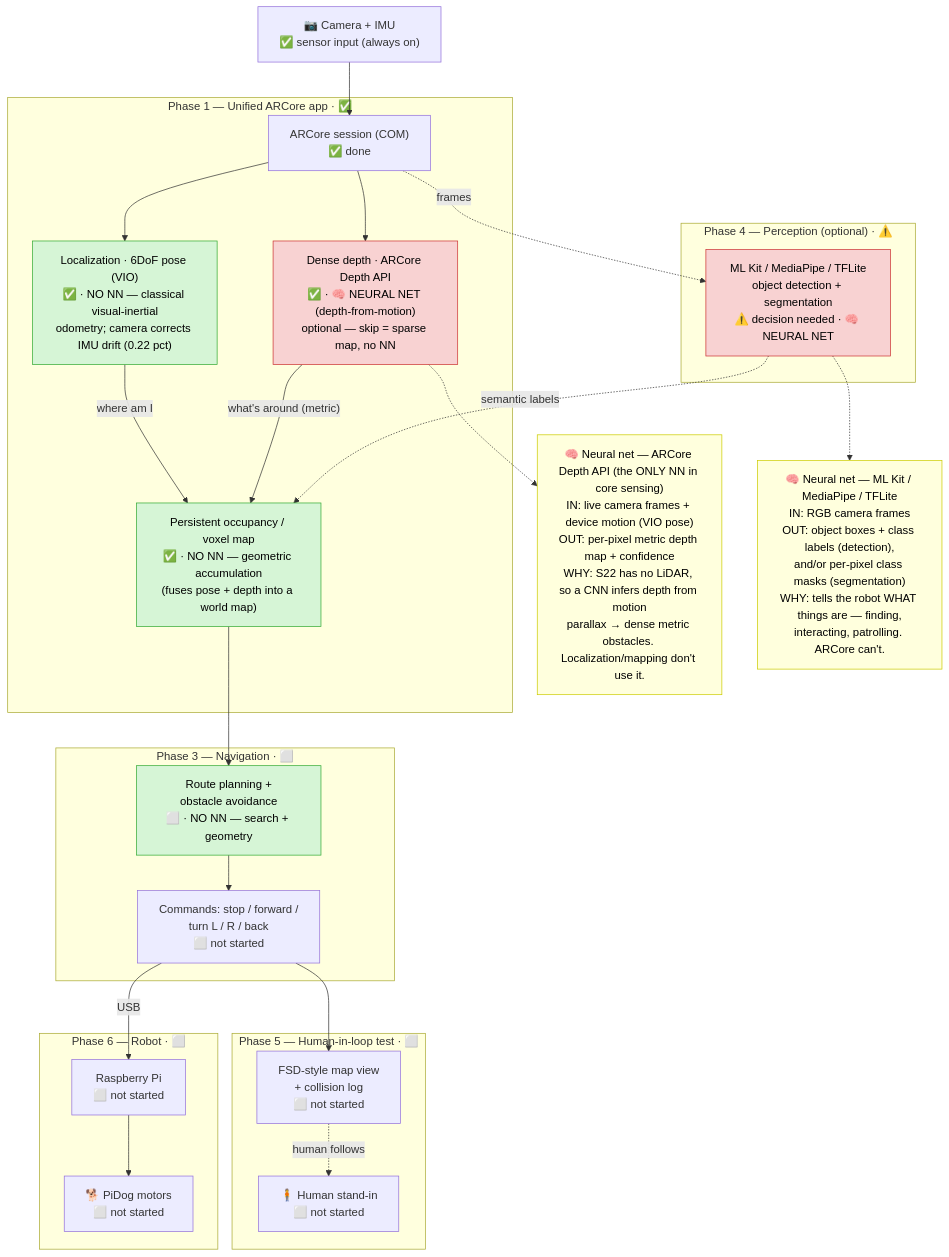
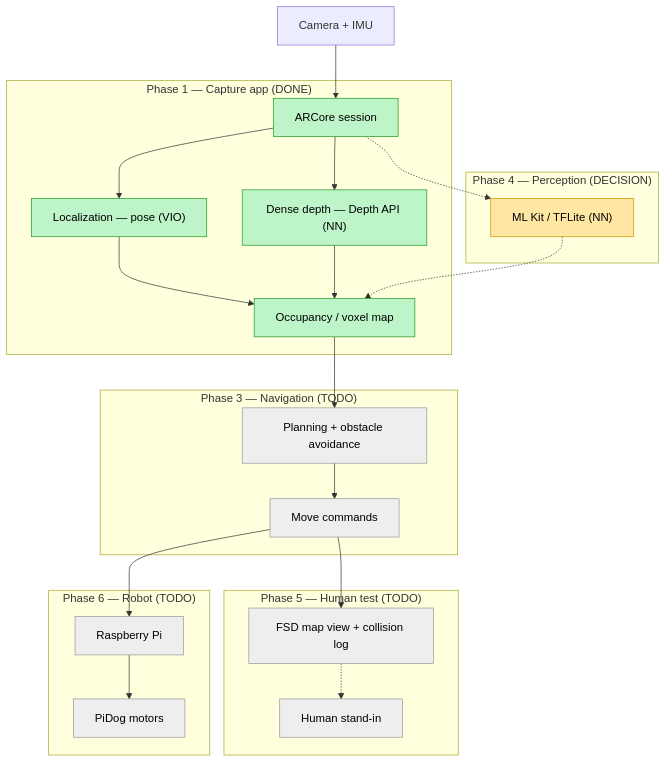
One commit to alexbhandari/pidog-public changed the first of 2 diagrams in PROJECT_PLAN.md. Above: the diagram before and after it, drawn with Mermaid. The commit also changed other lines of this file, not shown here.

Commit message:
sync plan + phase docs (2026-06-20)

````diff
--- a/PROJECT_PLAN.md
+++ b/PROJECT_PLAN.md
@@ -17,56 +17,51 @@
 ```mermaid
 flowchart TD
-    CAM["📷 Camera + IMU<br/>✅ sensor input (always on)"]
+    CAM["Camera + IMU"]
 
-    subgraph P1["Phase 1 — Unified ARCore app · ✅"]
-        ARCORE["ARCore session (COM)<br/>✅ done"]
-        POSE["Localization · 6DoF pose (VIO)<br/>✅ · NO NN — classical visual-inertial<br/>odometry; camera corrects IMU drift (0.22 pct)"]
-        DEPTH["Dense depth · ARCore Depth API<br/>✅ · 🧠 NEURAL NET (depth-from-motion)<br/>optional — skip = sparse map, no NN"]
-        MAP["Persistent occupancy / voxel map<br/>✅ · NO NN — geometric accumulation<br/>(fuses pose + depth into a world map)"]
+    subgraph P1["Phase 1 — Capture app (DONE)"]
+        ARCORE["ARCore session"]
+        POSE["Localization — pose (VIO)"]
+        DEPTH["Dense depth — Depth API (NN)"]
+        MAP["Occupancy / voxel map"]
     end
 
-    subgraph P4["Phase 4 — Perception (optional) · ⚠️"]
-        ML["ML Kit / MediaPipe / TFLite<br/>object detection + segmentation<br/>⚠️ decision needed · 🧠 NEURAL NET"]
+    subgraph P4["Phase 4 — Perception (DECISION)"]
+        ML["ML Kit / TFLite (NN)"]
     end
 
-    subgraph P3["Phase 3 — Navigation · ⬜"]
-        PLAN["Route planning +<br/>obstacle avoidance<br/>⬜ · NO NN — search + geometry"]
-        CMD["Commands: stop / forward /<br/>turn L / R / back<br/>⬜ not started"]
+    subgraph P3["Phase 3 — Navigation (TODO)"]
+        PLAN["Planning + obstacle avoidance"]
+        CMD["Move commands"]
     end
 
-    subgraph P5["Phase 5 — Human-in-loop test · ⬜"]
-        VIEW["FSD-style map view<br/>+ collision log<br/>⬜ not started"]
-        HUMAN["🧍 Human stand-in<br/>⬜ not started"]
+    subgraph P5["Phase 5 — Human test (TODO)"]
+        VIEW["FSD map view + collision log"]
+        HUMAN["Human stand-in"]
     end
 
-    subgraph P6["Phase 6 — Robot · ⬜"]
-        PI["Raspberry Pi<br/>⬜ not started"]
-        DOG["🐕 PiDog motors<br/>⬜ not started"]
+    subgraph P6["Phase 6 — Robot (TODO)"]
+        PI["Raspberry Pi"]
+        DOG["PiDog motors"]
     end
 
     CAM --> ARCORE
     ARCORE --> POSE
     ARCORE --> DEPTH
-    POSE -->|"where am I"| MAP
-    DEPTH -->|"what's around (metric)"| MAP
-    ARCORE -.->|"frames"| ML
-    ML -.->|"semantic labels"| MAP
+    POSE --> MAP
+    DEPTH --> MAP
+    ARCORE -.-> ML
+    ML -.-> MAP
     MAP --> PLAN
     PLAN --> CMD
     CMD --> VIEW
-    VIEW -.->|"human follows"| HUMAN
-    CMD -->|"USB"| PI
+    VIEW -.-> HUMAN
+    CMD --> PI
     PI --> DOG
 
-    NN1["🧠 Neural net — ARCore Depth API (the ONLY NN in core sensing)<br/>IN: live camera frames + device motion (VIO pose)<br/>OUT: per-pixel metric depth map + confidence<br/>WHY: S22 has no LiDAR, so a CNN infers depth from motion<br/>parallax → dense metric obstacles. Localization/mapping don't use it."]
-    NN2["🧠 Neural net — ML Kit / MediaPipe / TFLite<br/>IN: RGB camera frames<br/>OUT: object boxes + class labels (detection),<br/>and/or per-pixel class masks (segmentation)<br/>WHY: tells the robot WHAT things are — finding,<br/>interacting, patrolling. ARCore can't."]
-    DEPTH -.-> NN1
-    ML -.-> NN2
-
-    classDef note fill:#ffd,stroke:#cc0,color:#000;
-    classDef nonn fill:#d6f5d6,stroke:#3a3,color:#000;
-    classDef nn fill:#f8d2d2,stroke:#c33,color:#000;
-    class NN1,NN2 note;
-    class POSE,MAP,PLAN nonn;
-    class DEPTH,ML nn;
+    classDef done fill:#bdf5c8,stroke:#229922,color:#000;
+    classDef todo fill:#eeeeee,stroke:#999999,color:#000;
+    classDef decision fill:#ffe6a3,stroke:#cc9900,color:#000;
+    class ARCORE,POSE,DEPTH,MAP done;
+    class ML decision;
+    class PLAN,CMD,VIEW,HUMAN,PI,DOG todo;
 ```
````
